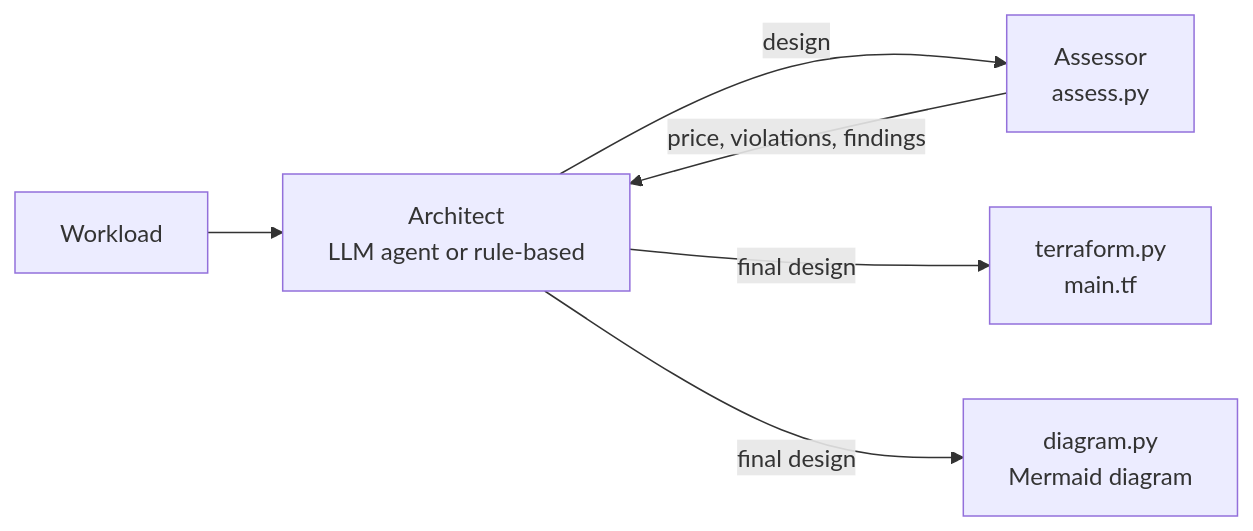
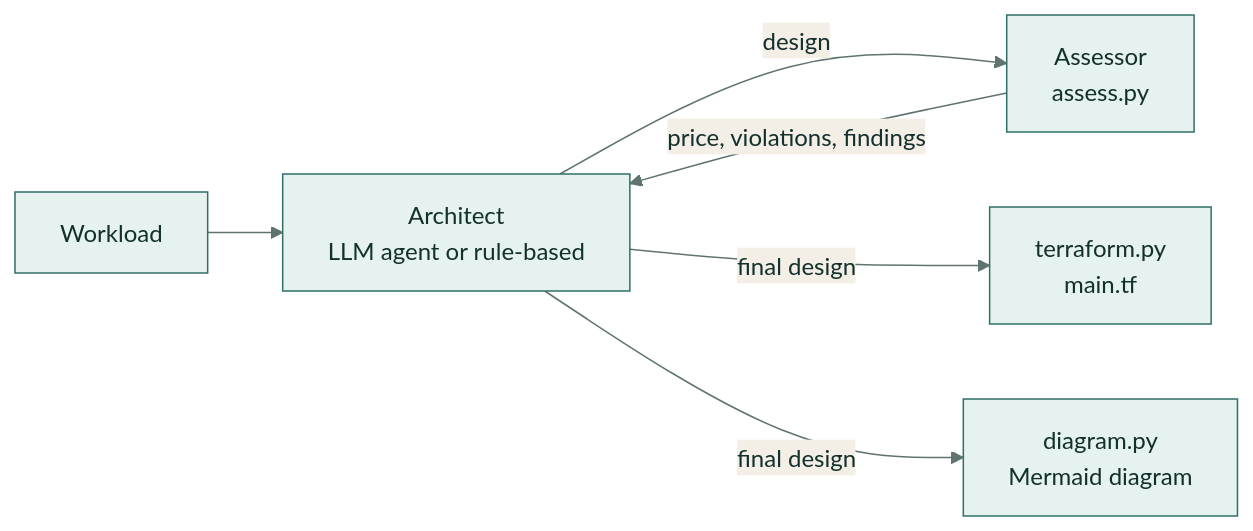
Before and after one commit to samiulhuda360/cloud-architect-agent: the diagram in docs/architecture.md, drawn with Mermaid. The commit also changed 1 other file, not shown here.

Commit message:
Docs: green Mermaid theme on every diagram

````diff
--- a/docs/architecture.md
+++ b/docs/architecture.md
@@ -5,8 +5,9 @@
 ```mermaid
+%%{init: {"theme": "base", "themeVariables": {"primaryColor": "#e6f2ef", "primaryBorderColor": "#2f6f68", "primaryTextColor": "#13302c", "lineColor": "#5f7471", "secondaryColor": "#f3efe6", "tertiaryColor": "#f7f8f6"}}}%%
 flowchart LR
   W["Workload"] --> A["Architect<br/>LLM agent or rule-based"]
   A -- "design" --> S["Assessor<br/>assess.py"]
   S -- "price, violations, findings" --> A
   A -- "final design" --> T["terraform.py<br/>main.tf"]
   A -- "final design" --> D["diagram.py<br/>Mermaid diagram"]
 ```
````
